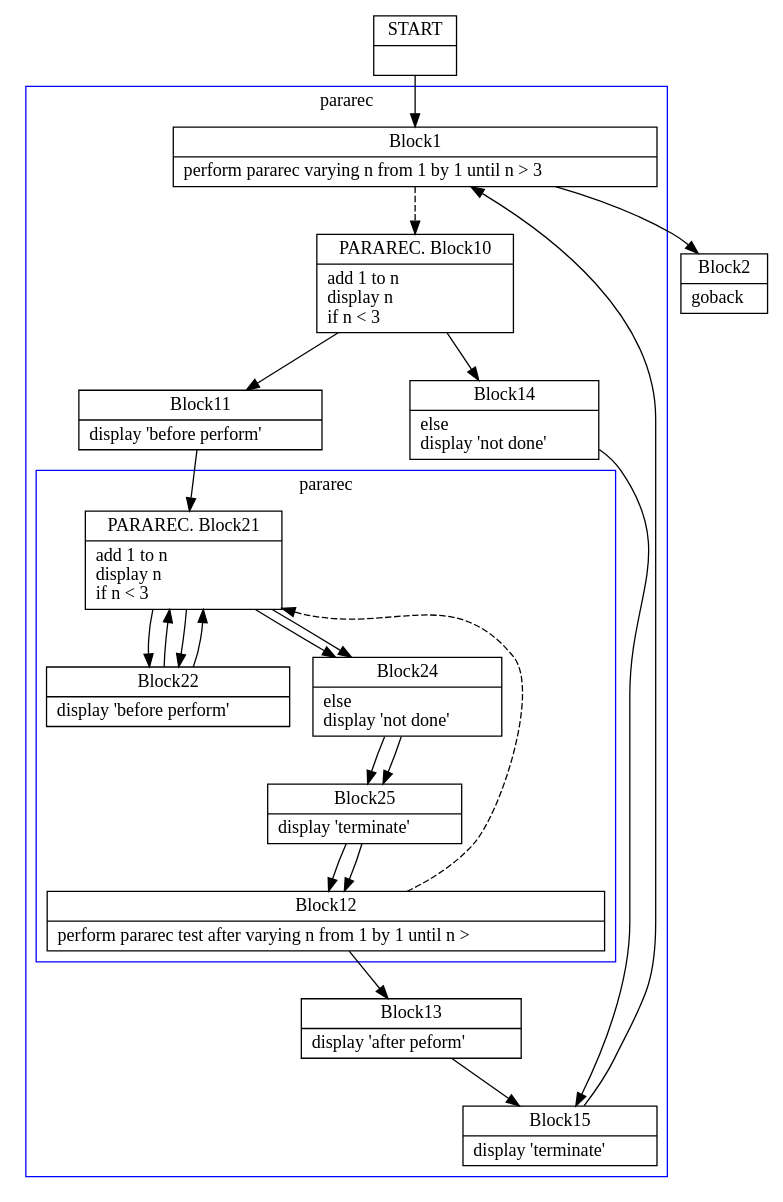
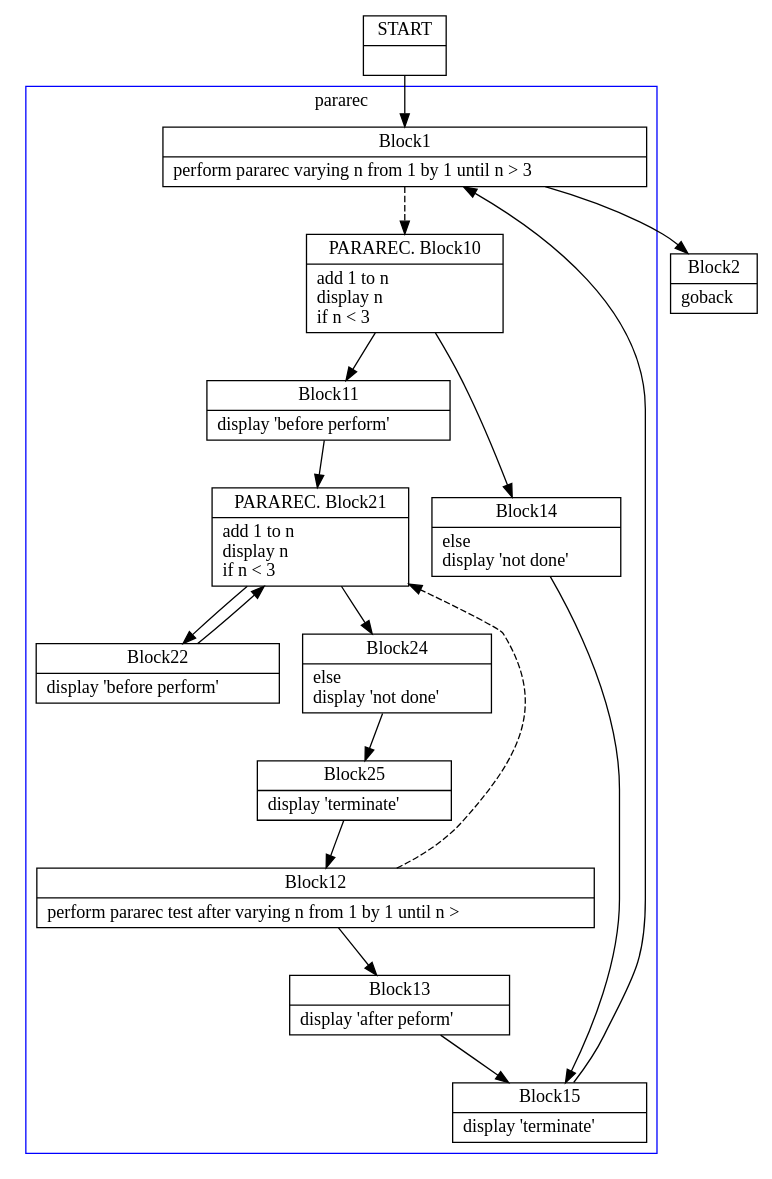
One commit to TypeCobolTeam/TypeCobol changed the diagram in TypeCobol.Analysis.Test/DotOutput/PerformProcIterativeAfterRecursive1.dot. Above: the diagram before and after it, drawn with Graphviz. The commit also changed 12 other files, not shown here.

```diff
--- a/TypeCobol.Analysis.Test/DotOutput/PerformProcIterativeAfterRecursive1.dot
+++ b/TypeCobol.Analysis.Test/DotOutput/PerformProcIterativeAfterRecursive1.dot
@@ -1,95 +1,78 @@
 digraph Cfg {
 compound=true;
 node [
 shape = "record"
 ]
 
 edge [
 arrowtail = "empty"
 ]
 Block0 [
 label = "{START|}"
 ]
 Block1 [
 label = "{Block1|    perform pararec varying n from 1 by 1 until n \> 3\l}"
 ]
 subgraph cluster_1{
 color = blue;
 label = "pararec";
 Block10 [
 label = "{PARAREC. Block10|    add 1 to n\l    display n\l    if n \< 3\l}"
 ]
 Block11 [
 label = "{Block11|       display 'before perform'\l}"
 ]
 Block21 [
 label = "{PARAREC. Block21|    add 1 to n\l    display n\l    if n \< 3\l}"
 ]
 Block22 [
 label = "{Block22|       display 'before perform'\l}"
 ]
 Block24 [
 label = "{Block24|    else\l       display 'not done'\l}"
 ]
 Block25 [
 label = "{Block25|    display 'terminate'\l}"
 ]
 Block12 [
 label = "{Block12|       perform pararec test after varying n from 1 by 1 until n \>\l}"
 ]
 subgraph cluster_2{
 color = blue;
 label = "pararec";
-Block21 [
-label = "{PARAREC. Block21|    add 1 to n\l    display n\l    if n \< 3\l}"
-]
-Block22 [
-label = "{Block22|       display 'before perform'\l}"
-]
-Block24 [
-label = "{Block24|    else\l       display 'not done'\l}"
-]
-Block25 [
-label = "{Block25|    display 'terminate'\l}"
-]
-Block21 -> Block22
-Block21 -> Block24
-Block22 -> Block21
-Block24 -> Block25
-Block25 -> Block12
 
 }
 Block12 -> Block21 [style=dashed]
 
 Block13 [
 label = "{Block13|       display 'after peform'\l}"
 ]
 Block15 [
 label = "{Block15|    display 'terminate'\l}"
 ]
 Block14 [
 label = "{Block14|    else\l       display 'not done'\l}"
 ]
 Block10 -> Block11
 Block10 -> Block14
 Block11 -> Block21
 Block21 -> Block22
 Block21 -> Block24
 Block22 -> Block21
 Block24 -> Block25
 Block25 -> Block12
 Block12 -> Block13
 Block13 -> Block15
 Block15 -> Block1
 Block14 -> Block15
 
 }
 Block1 -> Block10 [style=dashed]
 
 Block2 [
 label = "{Block2|    goback\l}"
 ]
 Block0 -> Block1
 Block1 -> Block2
 
 }
```
